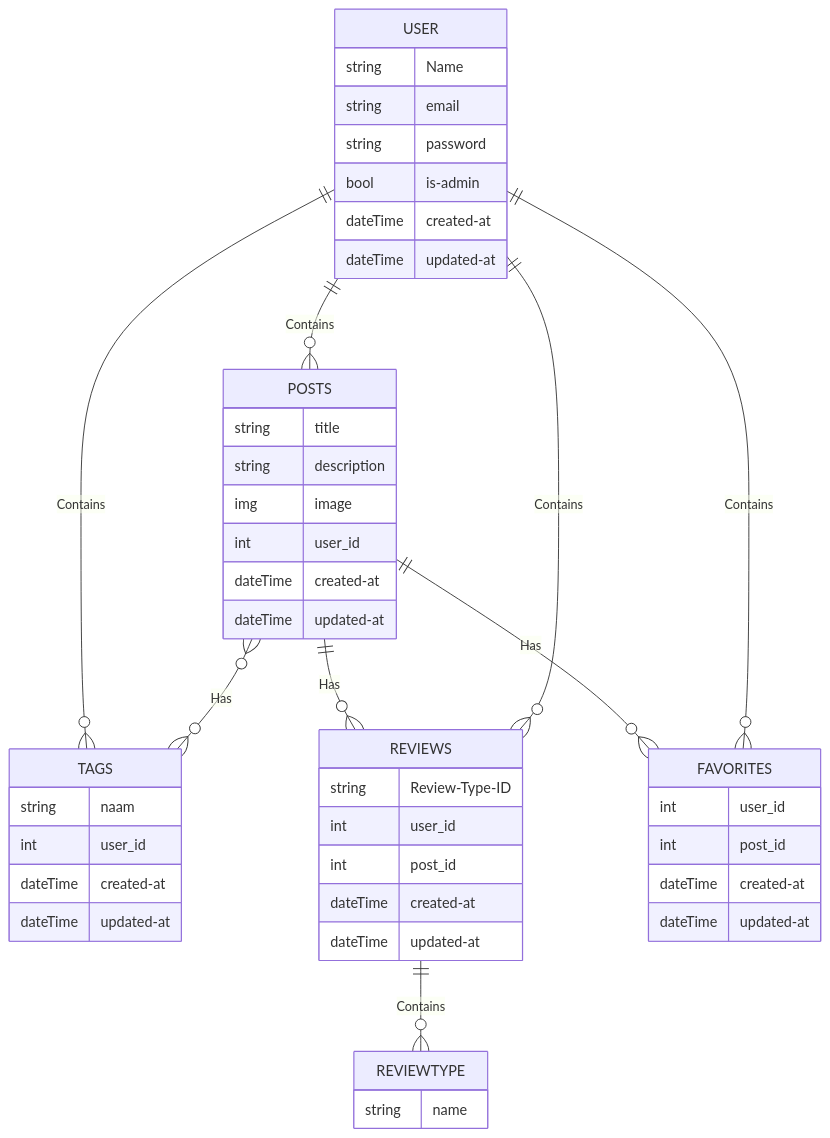
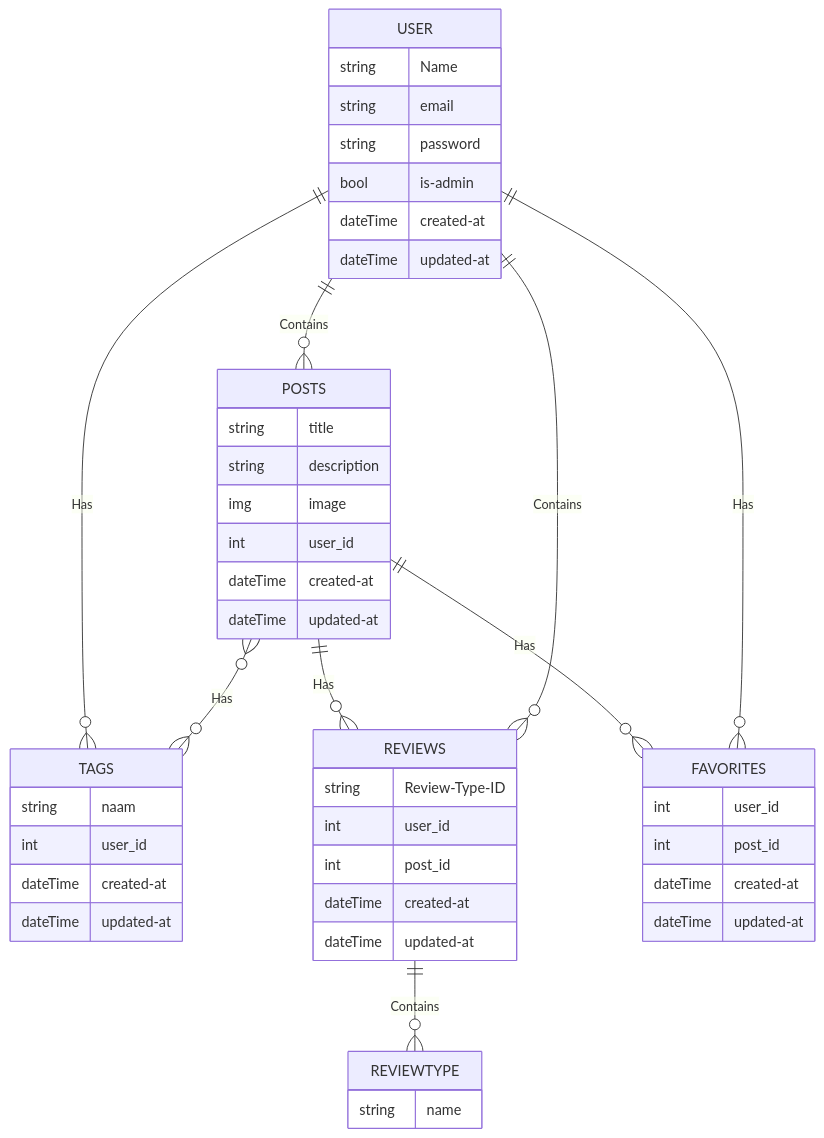
One commit to robdewilligen/GamerMaker changed the diagram in README.md. Above: the diagram before and after it, drawn with Mermaid. The commit also changed 11 other files, not shown here.

````diff
--- a/README.md
+++ b/README.md
@@ -68,54 +68,54 @@
 ```mermaid
 erDiagram
 
 USER ||--o{ POSTS : Contains
-USER ||--o{ TAGS : Contains
+USER ||--o{ TAGS : Has
 POSTS }o--o{ TAGS: Has
 
 REVIEWS ||--o{ REVIEWTYPE: Contains
 
 POSTS ||--o{ FAVORITES: Has
-USER ||--o{ FAVORITES: Contains
+USER ||--o{ FAVORITES: Has
 
 POSTS ||--o{ REVIEWS: Has
 USER ||--o{ REVIEWS: Contains
 
 USER{
     string Name
     string email
     string password
     bool is-admin
     dateTime created-at
     dateTime updated-at
 }
 POSTS{
     string title
     string description
     img image
     int user_id
     dateTime created-at
     dateTime updated-at
 }
 TAGS{
     string naam
     int user_id
     dateTime created-at
     dateTime updated-at
 }
 REVIEWS{
     string Review-Type-ID
     int user_id
     int post_id
     dateTime created-at
     dateTime updated-at
 }
 FAVORITES{
     int user_id
     int post_id
     dateTime created-at
     dateTime updated-at
 }
 REVIEWTYPE{
     string name
 }
 ```
````
